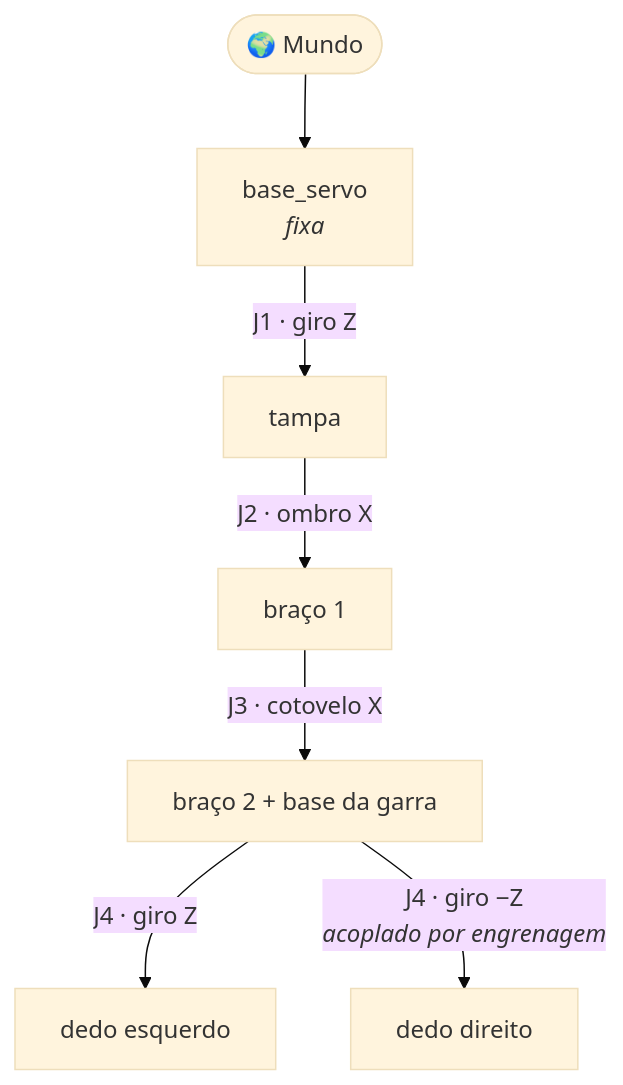
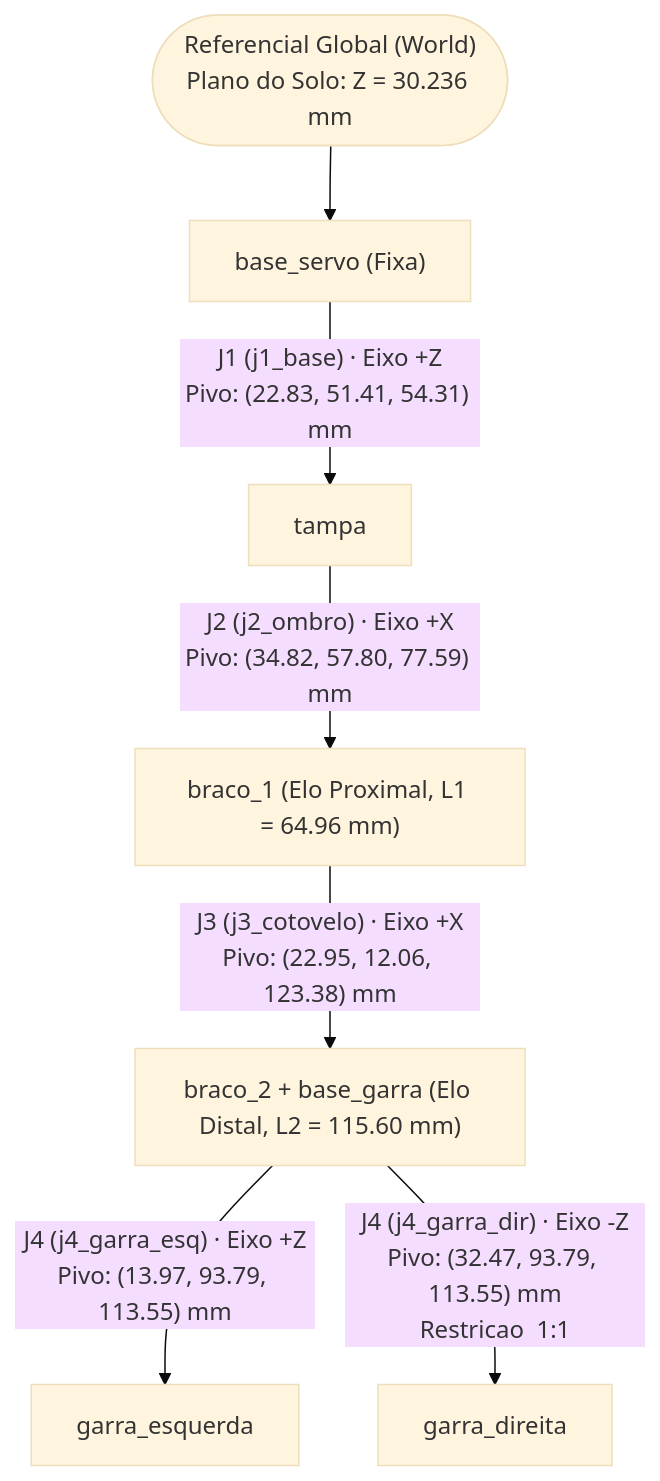
One commit to ryhanschutz/robot_arm changed the second of 2 diagrams in README.md. Above: the diagram before and after it, drawn with Mermaid (base theme). The commit also changed other lines of this file and 17 other files, not shown here.

````diff
--- a/README.md
+++ b/README.md
@@ -92,9 +78,9 @@
 ```mermaid
 flowchart TD
-    W(["🌍 Mundo"]) --> BASE["base_servo<br><i>fixa</i>"]
-    BASE -- "J1 · giro Z" --> TAMPA["tampa"]
-    TAMPA -- "J2 · ombro X" --> B1["braço 1"]
-    B1 -- "J3 · cotovelo X" --> B2["braço 2 + base da garra"]
-    B2 -- "J4 · giro Z" --> GE["dedo esquerdo"]
-    B2 -- "J4 · giro −Z<br><i>acoplado por engrenagem</i>" --> GD["dedo direito"]
+    W(["Referencial Global (World)\nPlano do Solo: Z = 30.236 mm"]) --> B0["base_servo (Fixa)"]
+    B0 -- "J1 (j1_base) · Eixo +Z\nPivo: (22.83, 51.41, 54.31) mm" --> B1["tampa"]
+    B1 -- "J2 (j2_ombro) · Eixo +X\nPivo: (34.82, 57.80, 77.59) mm" --> B2["braco_1 (Elo Proximal, L1 = 64.96 mm)"]
+    B2 -- "J3 (j3_cotovelo) · Eixo +X\nPivo: (22.95, 12.06, 123.38) mm" --> B3["braco_2 + base_garra (Elo Distal, L2 = 115.60 mm)"]
+    B3 -- "J4 (j4_garra_esq) · Eixo +Z\nPivo: (13.97, 93.79, 113.55) mm" --> GE["garra_esquerda"]
+    B3 -- "J4 (j4_garra_dir) · Eixo -Z\nPivo: (32.47, 93.79, 113.55) mm\nRestricao <equality> 1:1" --> GD["garra_direita"]
 ```
````
